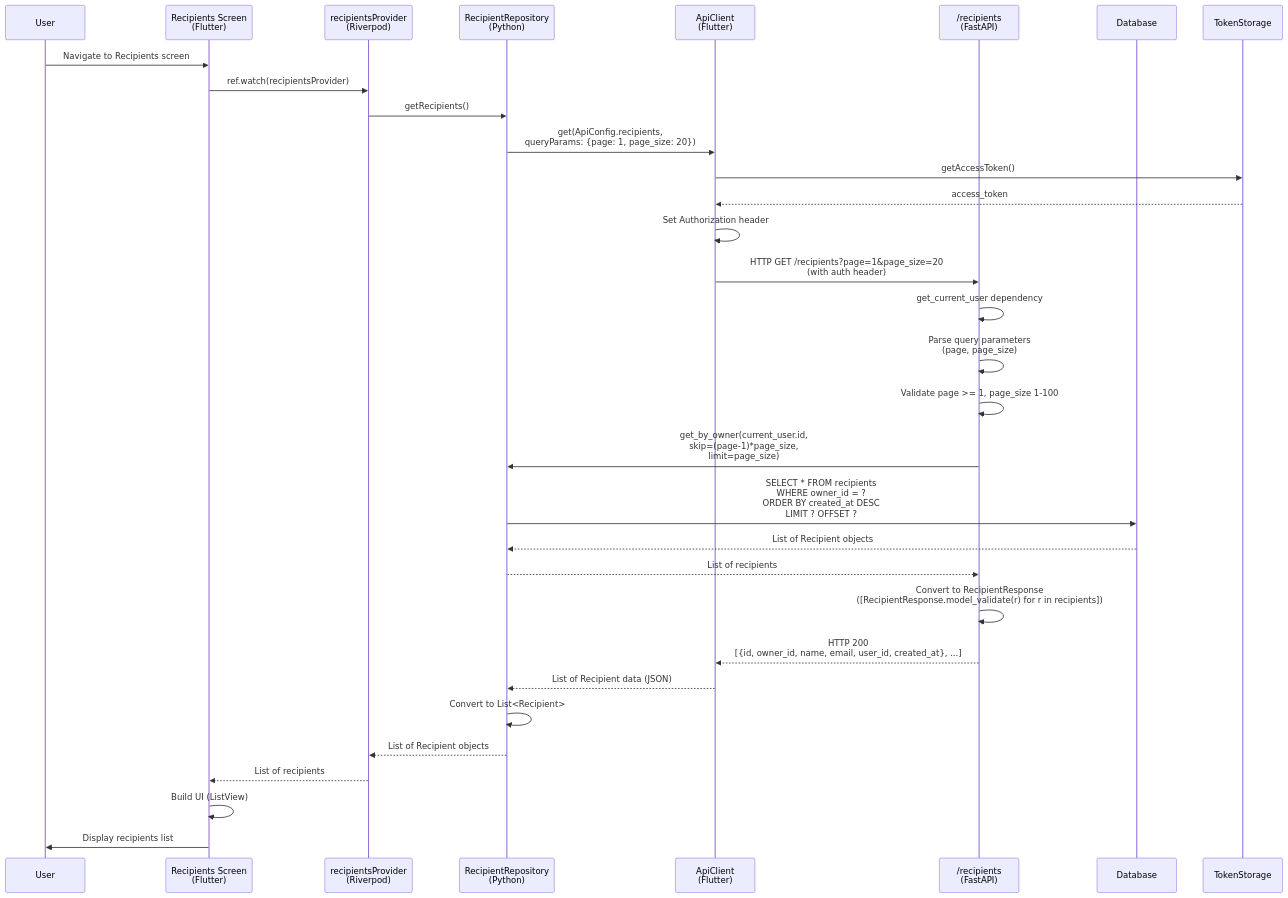
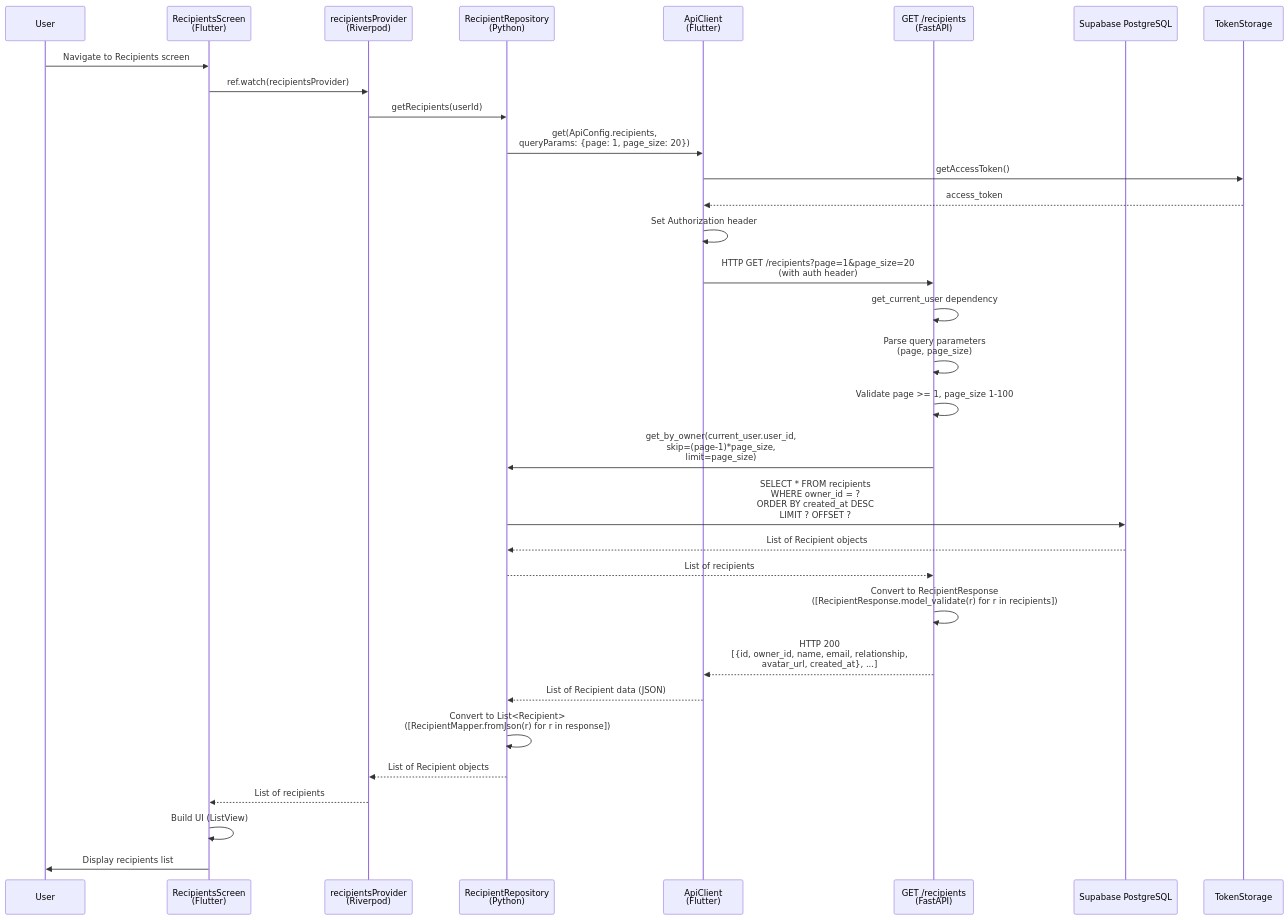
Before and after one commit to sunilkumarvuppala/open-on-app: diagram 12 of 20 in docs/SEQUENCE_DIAGRAMS.md, drawn with Mermaid. The commit also changed other lines of this file and 64 other files, not shown here.

````diff
--- a/docs/SEQUENCE_DIAGRAMS.md
+++ b/docs/SEQUENCE_DIAGRAMS.md
@@ -1105,38 +1042,38 @@
 ```mermaid
 sequenceDiagram
     participant User
-    participant RecipientsScreen as Recipients Screen<br/>(Flutter)
+    participant RecipientsScreen as RecipientsScreen<br/>(Flutter)
     participant Provider as recipientsProvider<br/>(Riverpod)
-    participant RecipientRepo as RecipientRepository<br/>(Flutter)
+    participant RecipientRepo as ApiRecipientRepository<br/>(Flutter)
     participant ApiClient as ApiClient<br/>(Flutter)
-    participant RecipientAPI as /recipients<br/>(FastAPI)
+    participant RecipientAPI as GET /recipients<br/>(FastAPI)
     participant RecipientRepo as RecipientRepository<br/>(Python)
-    participant DB as Database
+    participant DB as Supabase PostgreSQL
 
     User->>RecipientsScreen: Navigate to Recipients screen
     RecipientsScreen->>Provider: ref.watch(recipientsProvider)
-    Provider->>RecipientRepo: getRecipients()
+    Provider->>RecipientRepo: getRecipients(userId)
     RecipientRepo->>ApiClient: get(ApiConfig.recipients,<br/>queryParams: {page: 1, page_size: 20})
     ApiClient->>TokenStorage: getAccessToken()
     TokenStorage-->>ApiClient: access_token
     ApiClient->>ApiClient: Set Authorization header
     ApiClient->>RecipientAPI: HTTP GET /recipients?page=1&page_size=20<br/>(with auth header)
     
     RecipientAPI->>RecipientAPI: get_current_user dependency
     RecipientAPI->>RecipientAPI: Parse query parameters<br/>(page, page_size)
     RecipientAPI->>RecipientAPI: Validate page >= 1, page_size 1-100
-    RecipientAPI->>RecipientRepo: get_by_owner(current_user.id,<br/>skip=(page-1)*page_size,<br/>limit=page_size)
+    RecipientAPI->>RecipientRepo: get_by_owner(current_user.user_id,<br/>skip=(page-1)*page_size,<br/>limit=page_size)
     RecipientRepo->>DB: SELECT * FROM recipients<br/>WHERE owner_id = ?<br/>ORDER BY created_at DESC<br/>LIMIT ? OFFSET ?
     DB-->>RecipientRepo: List of Recipient objects
     RecipientRepo-->>RecipientAPI: List of recipients
     
     RecipientAPI->>RecipientAPI: Convert to RecipientResponse<br/>([RecipientResponse.model_validate(r) for r in recipients])
-    RecipientAPI-->>ApiClient: HTTP 200<br/>[{id, owner_id, name, email, user_id, created_at}, ...]
+    RecipientAPI-->>ApiClient: HTTP 200<br/>[{id, owner_id, name, email, relationship,<br/>avatar_url, created_at}, ...]
     
     ApiClient-->>RecipientRepo: List of Recipient data (JSON)
-    RecipientRepo->>RecipientRepo: Convert to List<Recipient>
+    RecipientRepo->>RecipientRepo: Convert to List<Recipient><br/>([RecipientMapper.fromJson(r) for r in response])
     RecipientRepo-->>Provider: List of Recipient objects
     Provider-->>RecipientsScreen: List of recipients
     RecipientsScreen->>RecipientsScreen: Build UI (ListView)
     RecipientsScreen->>User: Display recipients list
 ```
````
